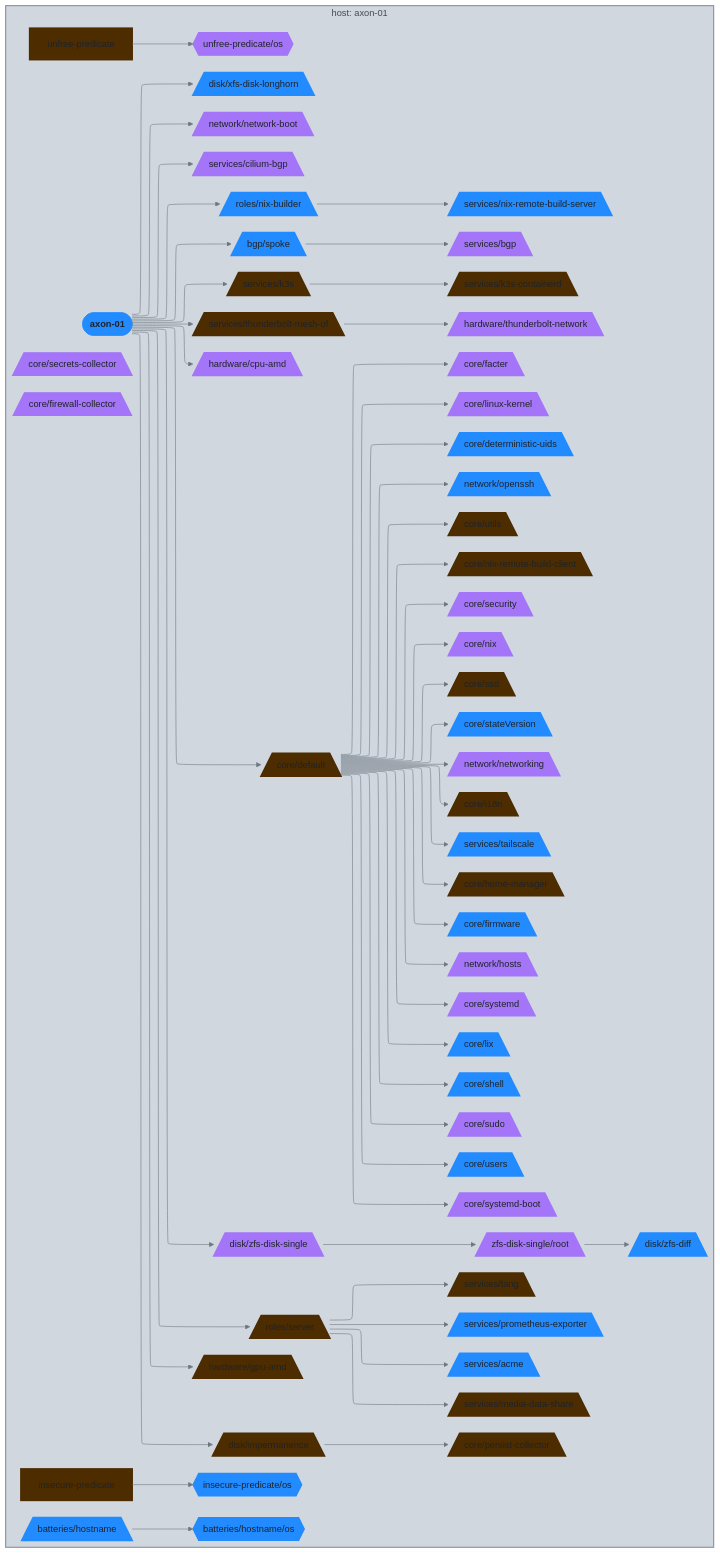
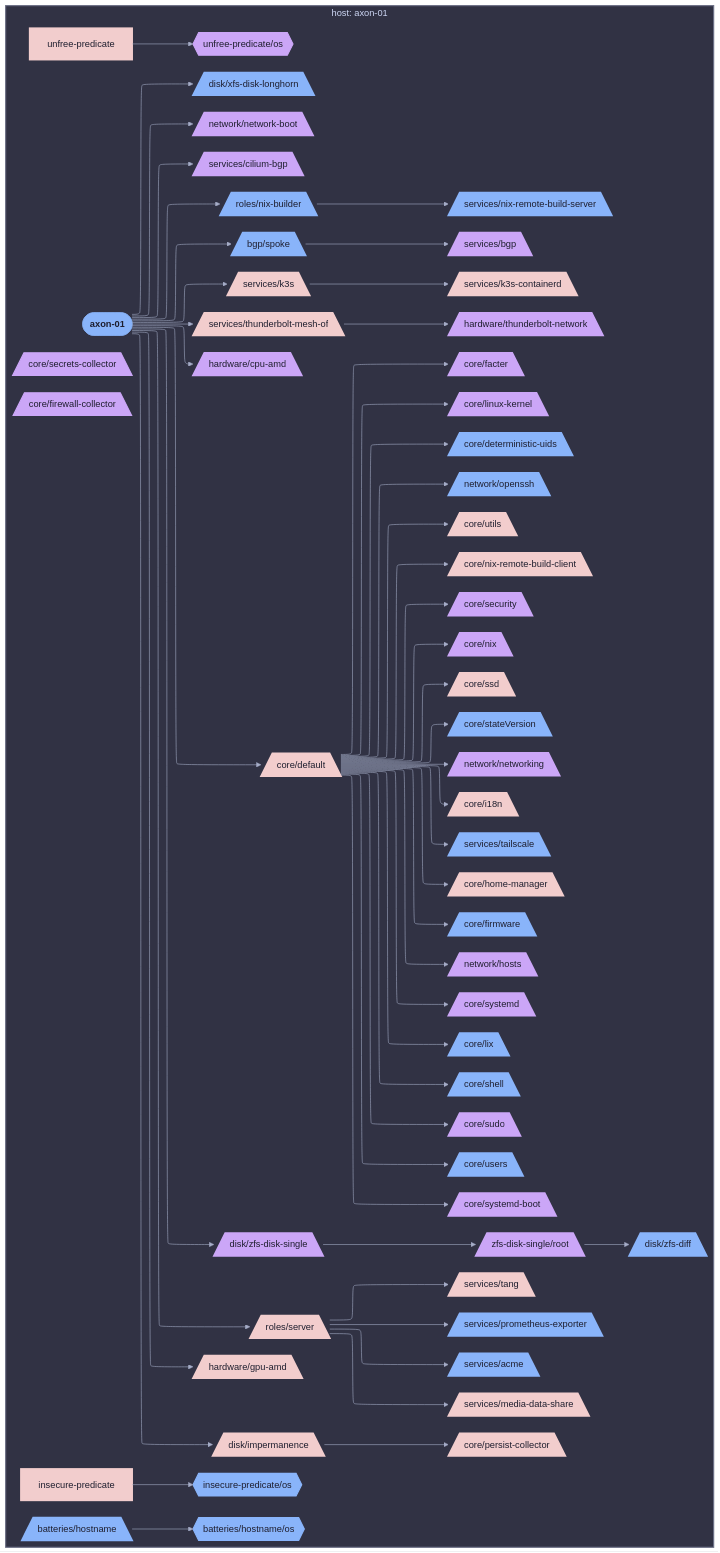
Before and after one commit to sini/nix-config: the diagram in diagrams/hosts/axon-01/class-nixos.md, drawn with Mermaid. The commit also changed 142 other files, not shown here.

First line of the commit message:
feat(diagrams): use projectScope for per-host/user views

````diff
--- a/diagrams/hosts/axon-01/class-nixos.md
+++ b/diagrams/hosts/axon-01/class-nixos.md
@@ -5,5 +5,5 @@
 ```mermaid
-%%{init: {"elk":{"mergeEdges":true,"nodePlacementStrategy":"BRANDES_KOEPF"},"flowchart":{"wrappingWidth":600},"layout":"elk","theme":"base","themeVariables":{"activationBkgColor":"#d0d7de","activationBorderColor":"#8c959f","actorBkg":"#d0d7de","actorBorder":"#6e7781","actorLineColor":"#6e7781","actorTextColor":"#424a53","background":"#eaeef2","classText":"#424a53","clusterBkg":"#d0d7de","clusterBorder":"#8c959f","edgeLabelBackground":"#eaeef2","labelBoxBkgColor":"#d0d7de","labelBoxBorderColor":"#6e7781","labelTextColor":"#424a53","lineColor":"#6e7781","loopTextColor":"#424a53","mainBkg":"#d0d7de","nodeBkg":"#d0d7de","nodeBorder":"#6e7781","nodeTextColor":"#424a53","noteBkgColor":"#d0d7de","noteBorderColor":"#8c959f","noteTextColor":"#424a53","pie1":"#fa4549","pie2":"#e16f24","pie3":"#bf8700","pie4":"#2da44e","pie5":"#339D9B","pie6":"#218bff","pie7":"#a475f9","pie8":"#4d2d00","pieLegendTextColor":"#424a53","pieOuterStrokeColor":"#8c959f","pieSectionTextColor":"#424a53","pieStrokeColor":"#8c959f","pieTitleTextColor":"#424a53","primaryBorderColor":"#6e7781","primaryColor":"#d0d7de","primaryTextColor":"#424a53","secondBkg":"#d0d7de","secondaryBorderColor":"#8c959f","secondaryColor":"#d0d7de","secondaryTextColor":"#424a53","sequenceNumberColor":"#eaeef2","signalColor":"#6e7781","signalTextColor":"#424a53","tertiaryBorderColor":"#8c959f","tertiaryColor":"#d0d7de","tertiaryTextColor":"#424a53","textColor":"#424a53","titleColor":"#424a53"}}}%%
+%%{init: {"elk":{"mergeEdges":true,"nodePlacementStrategy":"BRANDES_KOEPF"},"flowchart":{"wrappingWidth":600},"layout":"elk","theme":"base","themeVariables":{"activationBkgColor":"#313244","activationBorderColor":"#6c7086","actorBkg":"#313244","actorBorder":"#a6adc8","actorLineColor":"#a6adc8","actorTextColor":"#cdd6f4","background":"#1e1e2e","classText":"#cdd6f4","clusterBkg":"#313244","clusterBorder":"#6c7086","edgeLabelBackground":"#1e1e2e","labelBoxBkgColor":"#313244","labelBoxBorderColor":"#a6adc8","labelTextColor":"#cdd6f4","lineColor":"#a6adc8","loopTextColor":"#cdd6f4","mainBkg":"#313244","nodeBkg":"#313244","nodeBorder":"#a6adc8","nodeTextColor":"#cdd6f4","noteBkgColor":"#313244","noteBorderColor":"#6c7086","noteTextColor":"#cdd6f4","pie1":"#f38ba8","pie2":"#fab387","pie3":"#f9e2af","pie4":"#a6e3a1","pie5":"#94e2d5","pie6":"#89b4fa","pie7":"#cba6f7","pie8":"#f2cdcd","pieLegendTextColor":"#cdd6f4","pieOuterStrokeColor":"#6c7086","pieSectionTextColor":"#cdd6f4","pieStrokeColor":"#6c7086","pieTitleTextColor":"#cdd6f4","primaryBorderColor":"#a6adc8","primaryColor":"#313244","primaryTextColor":"#cdd6f4","secondBkg":"#313244","secondaryBorderColor":"#6c7086","secondaryColor":"#313244","secondaryTextColor":"#cdd6f4","sequenceNumberColor":"#1e1e2e","signalColor":"#a6adc8","signalTextColor":"#cdd6f4","tertiaryBorderColor":"#6c7086","tertiaryColor":"#313244","tertiaryTextColor":"#cdd6f4","textColor":"#cdd6f4","titleColor":"#cdd6f4"}}}%%
 graph LR
   axon_01([axon-01]):::root
 
@@ -114,67 +114,67 @@
   end
 
 
-  classDef root fill:#218bff,stroke:#218bff,color:#1f2328,font-weight:bold
-  classDef services__acme_c fill:#218bff,stroke:#218bff,color:#1f2328,stroke-width:3px
-  classDef axon_01_c fill:#a475f9,stroke:#a475f9,color:#1f2328,stroke-width:3px
-  classDef services__bgp_c fill:#a475f9,stroke:#a475f9,color:#1f2328,stroke-width:3px
-  classDef services__cilium_bgp_c fill:#a475f9,stroke:#a475f9,color:#1f2328,stroke-width:3px
-  classDef core_c fill:#bf8700,stroke:#bf8700,color:#1f2328,stroke-dasharray: 3 3,stroke-width:1px
-  classDef hardware__cpu_amd_c fill:#a475f9,stroke:#a475f9,color:#1f2328,stroke-width:3px
-  classDef core__default_c fill:#4d2d00,stroke:#4d2d00,color:#1f2328,stroke-width:3px
-  classDef core__deterministic_uids_c fill:#218bff,stroke:#218bff,color:#1f2328,stroke-width:3px
-  classDef disk_c fill:#2da44e,stroke:#2da44e,color:#1f2328,stroke-dasharray: 3 3,stroke-width:1px
-  classDef core__facter_c fill:#a475f9,stroke:#a475f9,color:#1f2328,stroke-width:3px
-  classDef core__firewall_collector_c fill:#a475f9,stroke:#a475f9,color:#1f2328,stroke-width:2px
-  classDef core__firmware_c fill:#218bff,stroke:#218bff,color:#1f2328,stroke-width:3px
-  classDef hardware__gpu_amd_c fill:#4d2d00,stroke:#4d2d00,color:#1f2328,stroke-width:3px
-  classDef hardware_c fill:#2da44e,stroke:#2da44e,color:#1f2328,stroke-dasharray: 3 3,stroke-width:1px
-  classDef core__home_manager_c fill:#4d2d00,stroke:#4d2d00,color:#1f2328,stroke-width:3px
-  classDef den__batteries__hostname_c fill:#218bff,stroke:#218bff,color:#1f2328,stroke-width:3px
-  classDef den__batteries__hostname__os_c fill:#218bff,stroke:#218bff,color:#1f2328,stroke-width:2px
-  classDef network__hosts_c fill:#a475f9,stroke:#a475f9,color:#1f2328,stroke-width:3px
-  classDef core__i18n_c fill:#4d2d00,stroke:#4d2d00,color:#1f2328,stroke-width:3px
-  classDef disk__impermanence_c fill:#4d2d00,stroke:#4d2d00,color:#1f2328,stroke-width:3px
-  classDef insecure_predicate_c fill:#4d2d00,stroke:#4d2d00,color:#1f2328,stroke-width:3px
-  classDef insecure_predicate__os_c fill:#218bff,stroke:#218bff,color:#1f2328,stroke-width:2px
-  classDef services__k3s_c fill:#4d2d00,stroke:#4d2d00,color:#1f2328,stroke-width:3px
-  classDef services__k3s_containerd_c fill:#4d2d00,stroke:#4d2d00,color:#1f2328,stroke-width:3px
-  classDef core__linux_kernel_c fill:#a475f9,stroke:#a475f9,color:#1f2328,stroke-width:3px
-  classDef core__lix_c fill:#218bff,stroke:#218bff,color:#1f2328,stroke-width:3px
-  classDef services__media_data_share_c fill:#4d2d00,stroke:#4d2d00,color:#1f2328,stroke-width:3px
-  classDef network_c fill:#e16f24,stroke:#e16f24,color:#1f2328,stroke-dasharray: 3 3,stroke-width:1px
-  classDef network__network_boot_c fill:#a475f9,stroke:#a475f9,color:#1f2328,stroke-width:3px
-  classDef network__networking_c fill:#a475f9,stroke:#a475f9,color:#1f2328,stroke-width:3px
-  classDef core__nix_c fill:#a475f9,stroke:#a475f9,color:#1f2328,stroke-width:3px
-  classDef roles__nix_builder_c fill:#218bff,stroke:#218bff,color:#1f2328,stroke-width:3px
-  classDef core__nix_remote_build_client_c fill:#4d2d00,stroke:#4d2d00,color:#1f2328,stroke-width:3px
-  classDef services__nix_remote_build_server_c fill:#218bff,stroke:#218bff,color:#1f2328,stroke-width:3px
-  classDef network__openssh_c fill:#218bff,stroke:#218bff,color:#1f2328,stroke-width:3px
-  classDef core__persist_collector_c fill:#4d2d00,stroke:#4d2d00,color:#1f2328,stroke-width:3px
-  classDef services__prometheus_exporter_c fill:#218bff,stroke:#218bff,color:#1f2328,stroke-width:3px
-  classDef roles_c fill:#2da44e,stroke:#2da44e,color:#1f2328,stroke-dasharray: 3 3,stroke-width:1px
-  classDef disk__zfs_disk_single__root_c fill:#a475f9,stroke:#a475f9,color:#1f2328,stroke-width:3px
-  classDef core__secrets_collector_c fill:#a475f9,stroke:#a475f9,color:#1f2328,stroke-width:2px
-  classDef core__security_c fill:#a475f9,stroke:#a475f9,color:#1f2328,stroke-width:3px
-  classDef roles__server_c fill:#4d2d00,stroke:#4d2d00,color:#1f2328,stroke-width:3px
-  classDef services_c fill:#2da44e,stroke:#2da44e,color:#1f2328,stroke-dasharray: 3 3,stroke-width:1px
-  classDef core__shell_c fill:#218bff,stroke:#218bff,color:#1f2328,stroke-width:3px
-  classDef services__bgp__spoke_c fill:#218bff,stroke:#218bff,color:#1f2328,stroke-width:3px
-  classDef core__ssd_c fill:#4d2d00,stroke:#4d2d00,color:#1f2328,stroke-width:3px
-  classDef core__stateVersion_c fill:#218bff,stroke:#218bff,color:#1f2328,stroke-width:3px
-  classDef core__sudo_c fill:#a475f9,stroke:#a475f9,color:#1f2328,stroke-width:3px
-  classDef core__systemd_c fill:#a475f9,stroke:#a475f9,color:#1f2328,stroke-width:3px
-  classDef core__systemd_boot_c fill:#a475f9,stroke:#a475f9,color:#1f2328,stroke-width:3px
-  classDef services__tailscale_c fill:#218bff,stroke:#218bff,color:#1f2328,stroke-width:3px
-  classDef services__tang_c fill:#4d2d00,stroke:#4d2d00,color:#1f2328,stroke-width:3px
-  classDef services__thunderbolt_mesh_of_c fill:#4d2d00,stroke:#4d2d00,color:#1f2328,stroke-width:3px
-  classDef hardware__thunderbolt_network_c fill:#a475f9,stroke:#a475f9,color:#1f2328,stroke-width:3px
-  classDef unfree_predicate_c fill:#4d2d00,stroke:#4d2d00,color:#1f2328,stroke-width:3px
-  classDef unfree_predicate__os_c fill:#a475f9,stroke:#a475f9,color:#1f2328,stroke-width:2px
-  classDef core__users_c fill:#218bff,stroke:#218bff,color:#1f2328,stroke-width:3px
-  classDef core__utils_c fill:#4d2d00,stroke:#4d2d00,color:#1f2328,stroke-width:3px
-  classDef disk__xfs_disk_longhorn_c fill:#218bff,stroke:#218bff,color:#1f2328,stroke-width:3px
-  classDef disk__zfs_diff_c fill:#218bff,stroke:#218bff,color:#1f2328,stroke-width:3px
-  classDef disk__zfs_disk_single_c fill:#a475f9,stroke:#a475f9,color:#1f2328,stroke-width:3px
-style ctx_host_axon_01 fill:#d0d7de,stroke:#8c959f,stroke-width:2px
+  classDef root fill:#89b4fa,stroke:#89b4fa,color:#1e1e2e,font-weight:bold
+  classDef services__acme_c fill:#89b4fa,stroke:#89b4fa,color:#1e1e2e,stroke-width:3px
+  classDef axon_01_c fill:#cba6f7,stroke:#cba6f7,color:#1e1e2e,stroke-width:3px
+  classDef services__bgp_c fill:#cba6f7,stroke:#cba6f7,color:#1e1e2e,stroke-width:3px
+  classDef services__cilium_bgp_c fill:#cba6f7,stroke:#cba6f7,color:#1e1e2e,stroke-width:3px
+  classDef core_c fill:#f9e2af,stroke:#f9e2af,color:#1e1e2e,stroke-dasharray: 3 3,stroke-width:1px
+  classDef hardware__cpu_amd_c fill:#cba6f7,stroke:#cba6f7,color:#1e1e2e,stroke-width:3px
+  classDef core__default_c fill:#f2cdcd,stroke:#f2cdcd,color:#1e1e2e,stroke-width:3px
+  classDef core__deterministic_uids_c fill:#89b4fa,stroke:#89b4fa,color:#1e1e2e,stroke-width:3px
+  classDef disk_c fill:#a6e3a1,stroke:#a6e3a1,color:#1e1e2e,stroke-dasharray: 3 3,stroke-width:1px
+  classDef core__facter_c fill:#cba6f7,stroke:#cba6f7,color:#1e1e2e,stroke-width:3px
+  classDef core__firewall_collector_c fill:#cba6f7,stroke:#cba6f7,color:#1e1e2e,stroke-width:2px
+  classDef core__firmware_c fill:#89b4fa,stroke:#89b4fa,color:#1e1e2e,stroke-width:3px
+  classDef hardware__gpu_amd_c fill:#f2cdcd,stroke:#f2cdcd,color:#1e1e2e,stroke-width:3px
+  classDef hardware_c fill:#a6e3a1,stroke:#a6e3a1,color:#1e1e2e,stroke-dasharray: 3 3,stroke-width:1px
+  classDef core__home_manager_c fill:#f2cdcd,stroke:#f2cdcd,color:#1e1e2e,stroke-width:3px
+  classDef den__batteries__hostname_c fill:#89b4fa,stroke:#89b4fa,color:#1e1e2e,stroke-width:3px
+  classDef den__batteries__hostname__os_c fill:#89b4fa,stroke:#89b4fa,color:#1e1e2e,stroke-width:2px
+  classDef network__hosts_c fill:#cba6f7,stroke:#cba6f7,color:#1e1e2e,stroke-width:3px
+  classDef core__i18n_c fill:#f2cdcd,stroke:#f2cdcd,color:#1e1e2e,stroke-width:3px
+  classDef disk__impermanence_c fill:#f2cdcd,stroke:#f2cdcd,color:#1e1e2e,stroke-width:3px
+  classDef insecure_predicate_c fill:#f2cdcd,stroke:#f2cdcd,color:#1e1e2e,stroke-width:3px
+  classDef insecure_predicate__os_c fill:#89b4fa,stroke:#89b4fa,color:#1e1e2e,stroke-width:2px
+  classDef services__k3s_c fill:#f2cdcd,stroke:#f2cdcd,color:#1e1e2e,stroke-width:3px
+  classDef services__k3s_containerd_c fill:#f2cdcd,stroke:#f2cdcd,color:#1e1e2e,stroke-width:3px
+  classDef core__linux_kernel_c fill:#cba6f7,stroke:#cba6f7,color:#1e1e2e,stroke-width:3px
+  classDef core__lix_c fill:#89b4fa,stroke:#89b4fa,color:#1e1e2e,stroke-width:3px
+  classDef services__media_data_share_c fill:#f2cdcd,stroke:#f2cdcd,color:#1e1e2e,stroke-width:3px
+  classDef network_c fill:#fab387,stroke:#fab387,color:#1e1e2e,stroke-dasharray: 3 3,stroke-width:1px
+  classDef network__network_boot_c fill:#cba6f7,stroke:#cba6f7,color:#1e1e2e,stroke-width:3px
+  classDef network__networking_c fill:#cba6f7,stroke:#cba6f7,color:#1e1e2e,stroke-width:3px
+  classDef core__nix_c fill:#cba6f7,stroke:#cba6f7,color:#1e1e2e,stroke-width:3px
+  classDef roles__nix_builder_c fill:#89b4fa,stroke:#89b4fa,color:#1e1e2e,stroke-width:3px
+  classDef core__nix_remote_build_client_c fill:#f2cdcd,stroke:#f2cdcd,color:#1e1e2e,stroke-width:3px
+  classDef services__nix_remote_build_server_c fill:#89b4fa,stroke:#89b4fa,color:#1e1e2e,stroke-width:3px
+  classDef network__openssh_c fill:#89b4fa,stroke:#89b4fa,color:#1e1e2e,stroke-width:3px
+  classDef core__persist_collector_c fill:#f2cdcd,stroke:#f2cdcd,color:#1e1e2e,stroke-width:3px
+  classDef services__prometheus_exporter_c fill:#89b4fa,stroke:#89b4fa,color:#1e1e2e,stroke-width:3px
+  classDef roles_c fill:#a6e3a1,stroke:#a6e3a1,color:#1e1e2e,stroke-dasharray: 3 3,stroke-width:1px
+  classDef disk__zfs_disk_single__root_c fill:#cba6f7,stroke:#cba6f7,color:#1e1e2e,stroke-width:3px
+  classDef core__secrets_collector_c fill:#cba6f7,stroke:#cba6f7,color:#1e1e2e,stroke-width:2px
+  classDef core__security_c fill:#cba6f7,stroke:#cba6f7,color:#1e1e2e,stroke-width:3px
+  classDef roles__server_c fill:#f2cdcd,stroke:#f2cdcd,color:#1e1e2e,stroke-width:3px
+  classDef services_c fill:#a6e3a1,stroke:#a6e3a1,color:#1e1e2e,stroke-dasharray: 3 3,stroke-width:1px
+  classDef core__shell_c fill:#89b4fa,stroke:#89b4fa,color:#1e1e2e,stroke-width:3px
+  classDef services__bgp__spoke_c fill:#89b4fa,stroke:#89b4fa,color:#1e1e2e,stroke-width:3px
+  classDef core__ssd_c fill:#f2cdcd,stroke:#f2cdcd,color:#1e1e2e,stroke-width:3px
+  classDef core__stateVersion_c fill:#89b4fa,stroke:#89b4fa,color:#1e1e2e,stroke-width:3px
+  classDef core__sudo_c fill:#cba6f7,stroke:#cba6f7,color:#1e1e2e,stroke-width:3px
+  classDef core__systemd_c fill:#cba6f7,stroke:#cba6f7,color:#1e1e2e,stroke-width:3px
+  classDef core__systemd_boot_c fill:#cba6f7,stroke:#cba6f7,color:#1e1e2e,stroke-width:3px
+  classDef services__tailscale_c fill:#89b4fa,stroke:#89b4fa,color:#1e1e2e,stroke-width:3px
+  classDef services__tang_c fill:#f2cdcd,stroke:#f2cdcd,color:#1e1e2e,stroke-width:3px
+  classDef services__thunderbolt_mesh_of_c fill:#f2cdcd,stroke:#f2cdcd,color:#1e1e2e,stroke-width:3px
+  classDef hardware__thunderbolt_network_c fill:#cba6f7,stroke:#cba6f7,color:#1e1e2e,stroke-width:3px
+  classDef unfree_predicate_c fill:#f2cdcd,stroke:#f2cdcd,color:#1e1e2e,stroke-width:3px
+  classDef unfree_predicate__os_c fill:#cba6f7,stroke:#cba6f7,color:#1e1e2e,stroke-width:2px
+  classDef core__users_c fill:#89b4fa,stroke:#89b4fa,color:#1e1e2e,stroke-width:3px
+  classDef core__utils_c fill:#f2cdcd,stroke:#f2cdcd,color:#1e1e2e,stroke-width:3px
+  classDef disk__xfs_disk_longhorn_c fill:#89b4fa,stroke:#89b4fa,color:#1e1e2e,stroke-width:3px
+  classDef disk__zfs_diff_c fill:#89b4fa,stroke:#89b4fa,color:#1e1e2e,stroke-width:3px
+  classDef disk__zfs_disk_single_c fill:#cba6f7,stroke:#cba6f7,color:#1e1e2e,stroke-width:3px
+style ctx_host_axon_01 fill:#313244,stroke:#6c7086,stroke-width:2px
 ```
````
